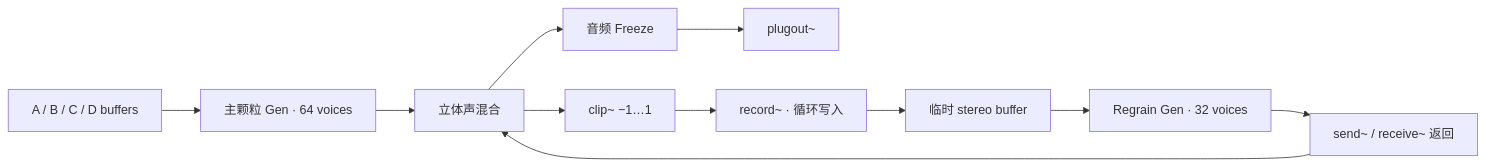
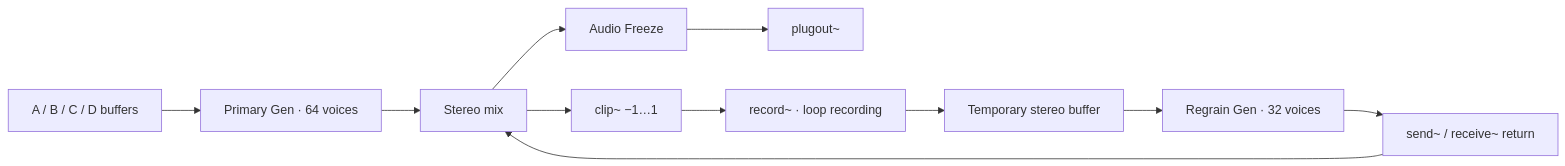
Before and after one commit to lingyuanyangg/QuadraGrain: the diagram in README.md, drawn with Mermaid. The commit also changed other lines of this file and 4 other files, not shown here.

````diff
--- a/README.md
+++ b/README.md
@@ -58,13 +58,13 @@
 ```mermaid
 flowchart LR
-    S["A / B / C / D buffers"] --> P["主颗粒 Gen · 64 voices"]
-    P --> M["立体声混合"]
-    M --> F["音频 Freeze"]
+    S["A / B / C / D buffers"] --> P["Primary Gen · 64 voices"]
+    P --> M["Stereo mix"]
+    M --> F["Audio Freeze"]
     F --> O["plugout~"]
     M --> C["clip~ −1…1"]
-    C --> W["record~ · 循环写入"]
-    W --> B["临时 stereo buffer"]
+    C --> W["record~ · loop recording"]
+    W --> B["Temporary stereo buffer"]
     B --> R["Regrain Gen · 32 voices"]
-    R --> D["send~ / receive~ 返回"]
+    R --> D["send~ / receive~ return"]
     D --> M
 ```
````
